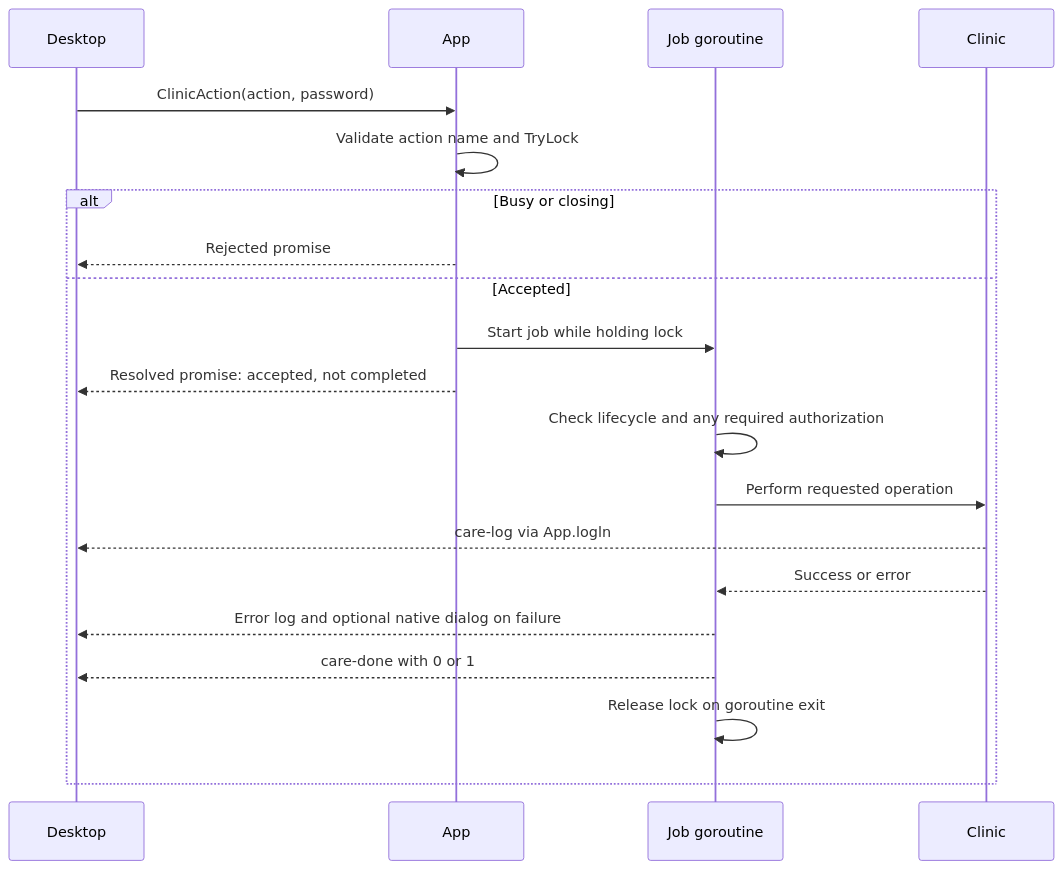
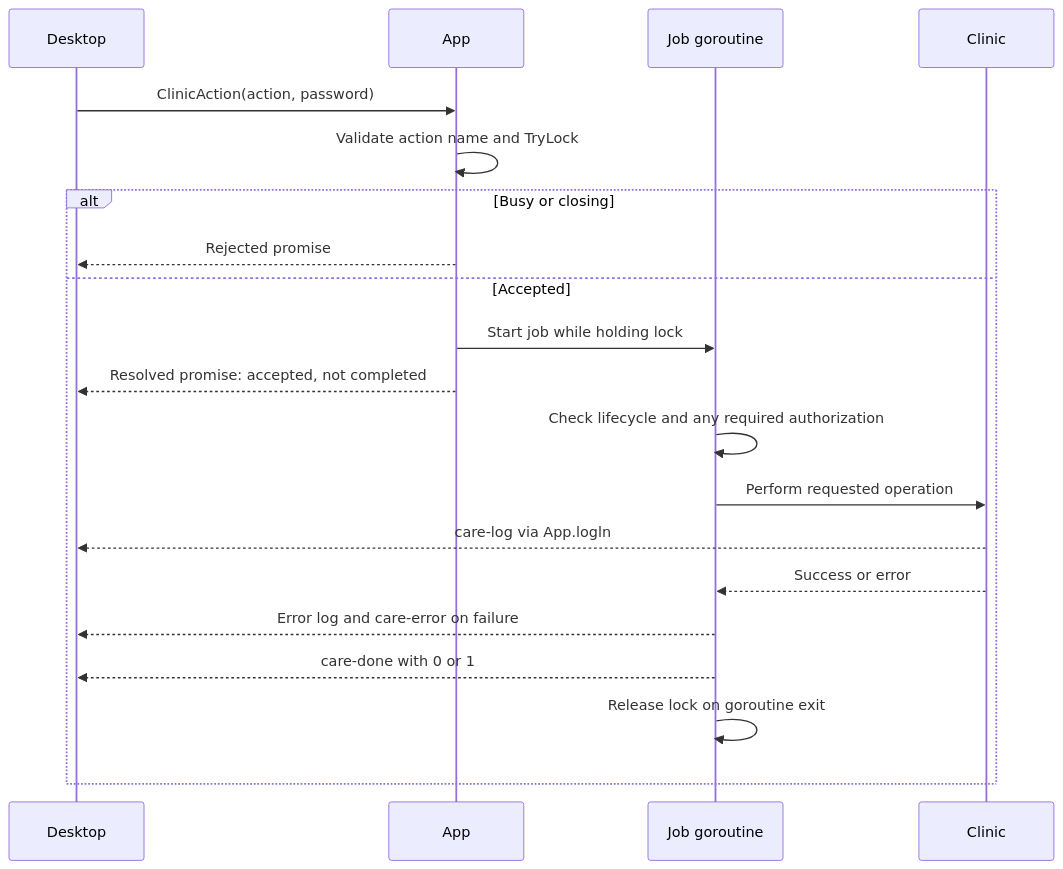
The second of 2 diagrams in docs/wails-application.md (ohcnetwork/care_clinic), drawn with Mermaid before and after one commit. The commit also changed other lines of this file and 14 other files, not shown here.

````diff
--- a/docs/wails-application.md
+++ b/docs/wails-application.md
@@ -138,22 +175,22 @@
 ```mermaid
 sequenceDiagram
     participant UI as Desktop
     participant A as App
     participant J as Job goroutine
     participant C as Clinic
     UI->>A: ClinicAction(action, password)
     A->>A: Validate action name and TryLock
     alt Busy or closing
         A-->>UI: Rejected promise
     else Accepted
         A->>J: Start job while holding lock
         A-->>UI: Resolved promise: accepted, not completed
         J->>J: Check lifecycle and any required authorization
         J->>C: Perform requested operation
         C-->>UI: care-log via App.logln
         C-->>J: Success or error
-        J-->>UI: Error log and optional native dialog on failure
+        J-->>UI: Error log and care-error on failure
         J-->>UI: care-done with 0 or 1
         J->>J: Release lock on goroutine exit
     end
 ```
````
